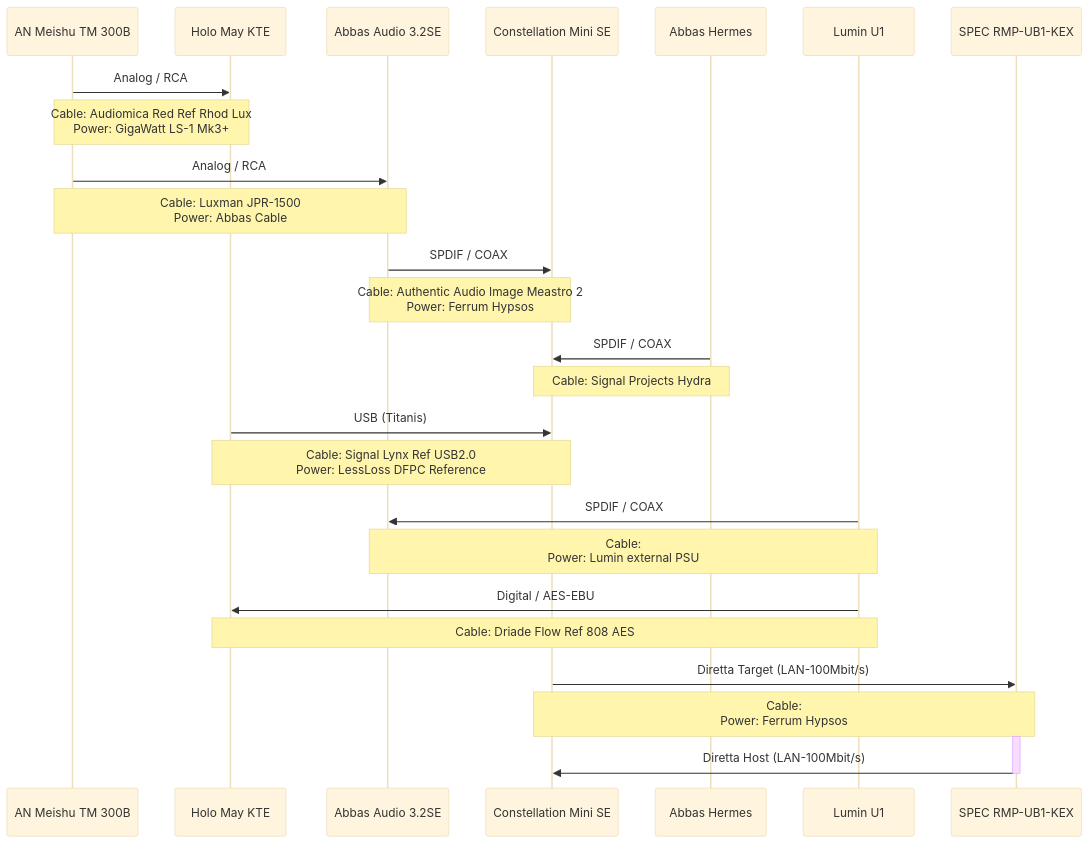
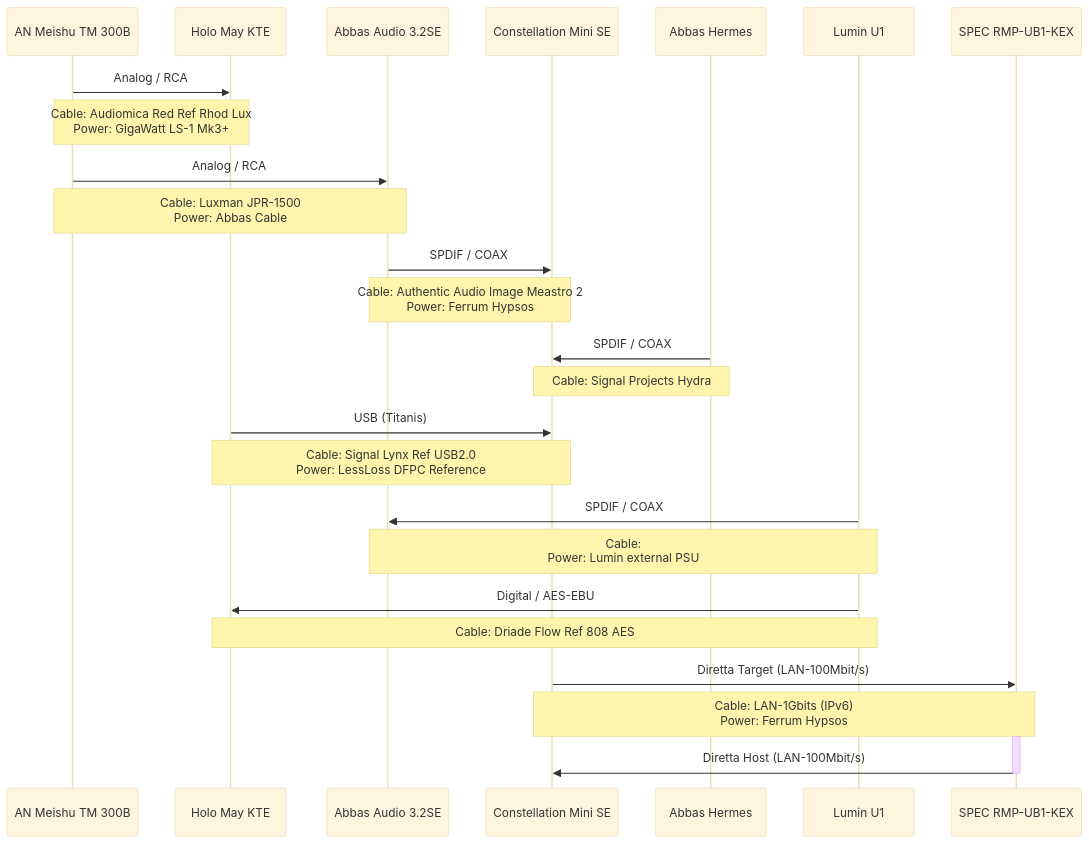
Before and after one commit to geraldfehringer/diretta: the first of 3 diagrams in gerihifi-setup.md, drawn with Mermaid (base theme).

````diff
--- a/gerihifi-setup.md
+++ b/gerihifi-setup.md
@@ -41,22 +41,22 @@
 ```mermaid
 sequenceDiagram
     AN Meishu TM 300B->>Holo May KTE: Analog / RCA
     Note over AN Meishu TM 300B,Holo May KTE: Cable: Audiomica Red Ref Rhod Lux<br> Power: GigaWatt LS-1 Mk3+
     AN Meishu TM 300B->>Abbas Audio 3.2SE: Analog / RCA
     Note over AN Meishu TM 300B,Abbas Audio 3.2SE: Cable: Luxman JPR-1500<br> Power: Abbas Cable
     Abbas Audio 3.2SE->>Constellation Mini SE: SPDIF / COAX
     Note over Constellation Mini SE,Abbas Audio 3.2SE: Cable: Authentic Audio Image Meastro 2<br> Power: Ferrum Hypsos
     Abbas Hermes->>Constellation Mini SE: SPDIF / COAX
     Note over Constellation Mini SE,Abbas Hermes: Cable: Signal Projects Hydra
     Holo May KTE->>Constellation Mini SE: USB (Titanis)
     Note over Constellation Mini SE,Holo May KTE: Cable: Signal Lynx Ref USB2.0<br> Power: LessLoss DFPC Reference
     Lumin U1->>Abbas Audio 3.2SE: SPDIF / COAX
     Note over Abbas Audio 3.2SE,Lumin U1: Cable: <br> Power: Lumin external PSU
     Lumin U1->>Holo May KTE: Digital / AES-EBU
     Note over Holo May KTE,Lumin U1: Cable: Driade Flow Ref 808 AES
     Constellation Mini SE->>SPEC RMP-UB1-KEX: Diretta Target (LAN-100Mbit/s)
-    Note over SPEC RMP-UB1-KEX,Constellation Mini SE: Cable: <br> Power: Ferrum Hypsos
+    Note over SPEC RMP-UB1-KEX,Constellation Mini SE: Cable: LAN-1Gbits (IPv6) <br> Power: Ferrum Hypsos
     activate SPEC RMP-UB1-KEX
     SPEC RMP-UB1-KEX->>Constellation Mini SE: Diretta Host (LAN-100Mbit/s)
     deactivate SPEC RMP-UB1-KEX
 ```
````
